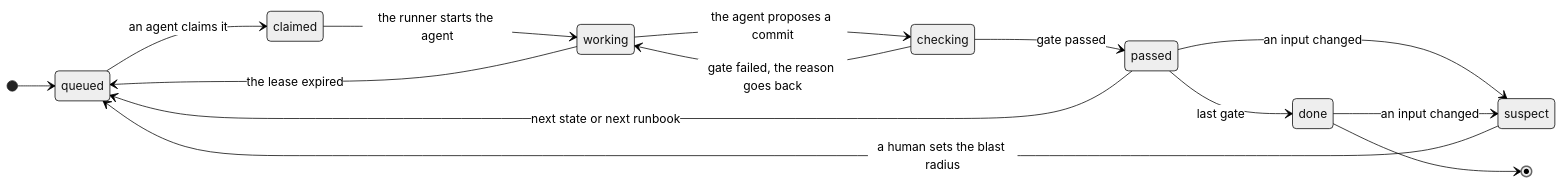
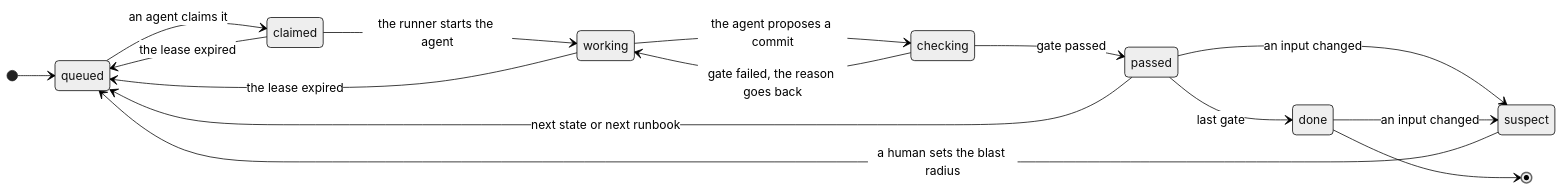
The second of 3 diagrams in src/content/blog/what_can_we_do_with_state.md (locchh/blogs), drawn with Mermaid (neutral theme) before and after one commit. The commit also changed other lines of this file, not shown here.

````diff
--- a/src/content/blog/what_can_we_do_with_state.md
+++ b/src/content/blog/what_can_we_do_with_state.md
@@ -176,17 +178,18 @@
 ```mermaid
 stateDiagram-v2
   direction LR
   [*] --> queued
   queued --> claimed: an agent claims it
   claimed --> working: the runner starts the agent
   working --> checking: the agent proposes a commit
   checking --> working: gate failed, the reason goes back
   checking --> passed: gate passed
   passed --> queued: next state or next runbook
   passed --> done: last gate
+  claimed --> queued: the lease expired
   working --> queued: the lease expired
   passed --> suspect: an input changed
   done --> suspect: an input changed
   suspect --> queued: a human sets the blast radius
   done --> [*]
 ```
````
